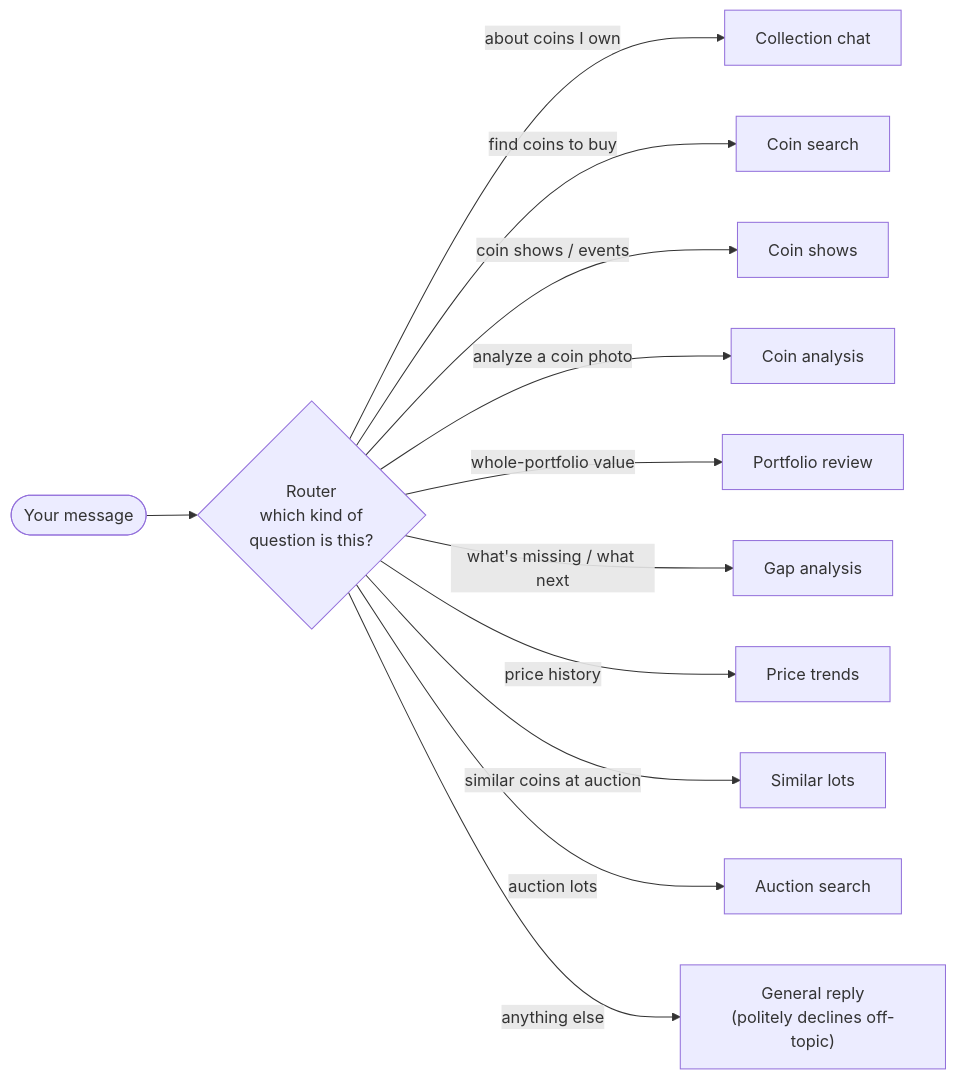
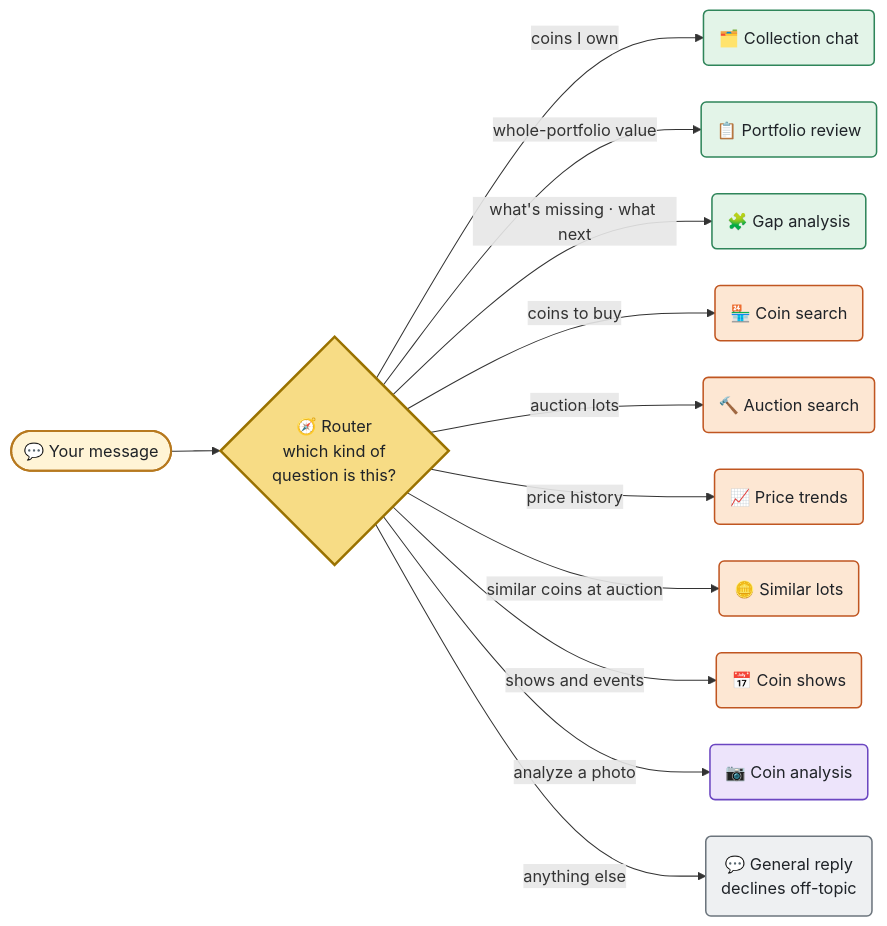
Before and after one commit to briandenicola/Aurearia: the fifth of 5 diagrams in docs/features/how-coin-copilot-works.md, drawn with Mermaid. The commit also changed other lines of this file, not shown here.

First line of the commit message:
docs: restyle Copilot guide diagrams for GitHub light and dark themes

````diff
--- a/docs/features/how-coin-copilot-works.md
+++ b/docs/features/how-coin-copilot-works.md
@@ -370,14 +434,38 @@
 ```mermaid
+%%{init: {"flowchart": {"curve": "basis", "nodeSpacing": 36, "rankSpacing": 48}}}%%
 flowchart LR
-    M(["Your message"]) --> Router{"Router<br/>which kind of<br/>question is this?"}
-    Router -- "about coins I own" --> Col["Collection chat"]
-    Router -- "find coins to buy" --> CS["Coin search"]
-    Router -- "coin shows / events" --> Shows["Coin shows"]
-    Router -- "analyze a coin photo" --> An["Coin analysis"]
-    Router -- "whole-portfolio value" --> Pf["Portfolio review"]
-    Router -- "what's missing / what next" --> Gap["Gap analysis"]
-    Router -- "price history" --> Pt["Price trends"]
-    Router -- "similar coins at auction" --> Sim["Similar lots"]
-    Router -- "auction lots" --> Au["Auction search"]
-    Router -- "anything else" --> Gen["General reply<br/>(politely declines off-topic)"]
+    M(["💬 Your message"]):::person
+    Router{"🧭 Router<br/>which kind of<br/>question is this?"}:::copilot
+
+    Col("🗂️ Collection chat"):::collection
+    Pf("📋 Portfolio review"):::collection
+    Gap("🧩 Gap analysis"):::collection
+    CS("🏪 Coin search"):::market
+    Au("🔨 Auction search"):::market
+    Pt("📈 Price trends"):::market
+    Sim("🪙 Similar lots"):::market
+    Shows("📅 Coin shows"):::market
+    An("📷 Coin analysis"):::identify
+    Gen("💬 General reply<br/>declines off-topic"):::outside
+
+    M --> Router
+    Router -- "coins I own" --> Col
+    Router -- "whole-portfolio value" --> Pf
+    Router -- "what's missing · what next" --> Gap
+    Router -- "coins to buy" --> CS
+    Router -- "auction lots" --> Au
+    Router -- "price history" --> Pt
+    Router -- "similar coins at auction" --> Sim
+    Router -- "shows and events" --> Shows
+    Router -- "analyze a photo" --> An
+    Router -- "anything else" --> Gen
+
+    classDef person fill:#fff4d6,stroke:#b7791f,stroke-width:2px,color:#1f2328
+    classDef server fill:#e3eefb,stroke:#3b6ea8,stroke-width:2px,color:#1f2328
+    classDef copilot fill:#f7dc85,stroke:#9a7200,stroke-width:2.5px,color:#1f2328
+    classDef collection fill:#e3f4e8,stroke:#2f855a,stroke-width:1.5px,color:#1f2328
+    classDef market fill:#fde7d3,stroke:#c05621,stroke-width:1.5px,color:#1f2328
+    classDef identify fill:#ede4fb,stroke:#6b46c1,stroke-width:1.5px,color:#1f2328
+    classDef outside fill:#eef0f2,stroke:#6c757d,stroke-width:1.5px,color:#1f2328
+    classDef decision fill:#fff4d6,stroke:#b7791f,stroke-width:2px,color:#1f2328
 ```
````
